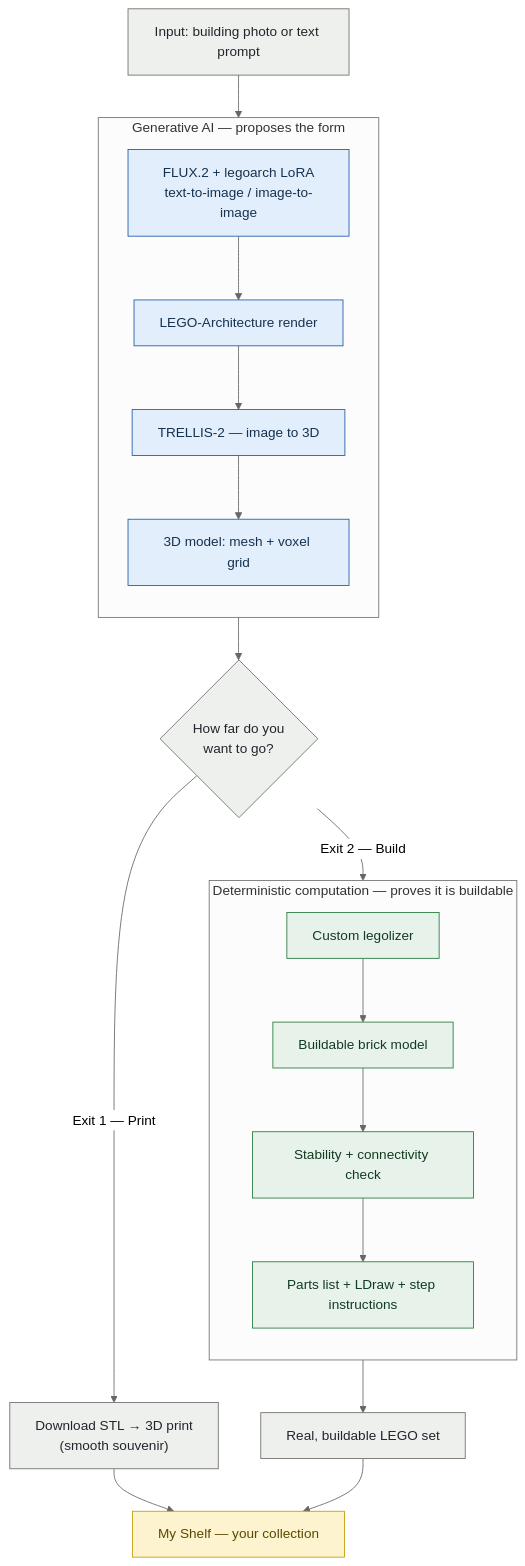
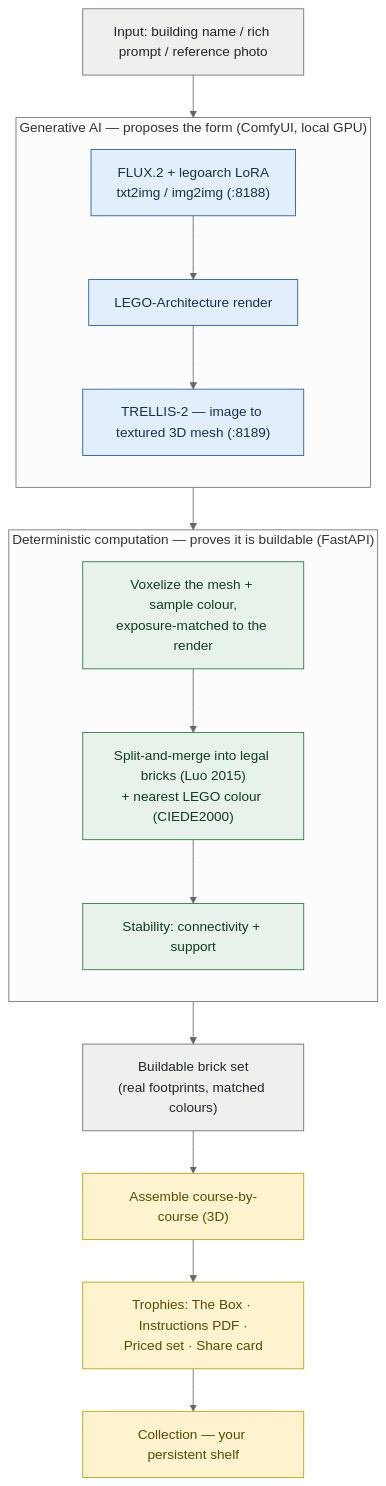
The first of 4 diagrams in docs/architecture.md (hi-em/genai-legoarch), drawn with Mermaid (neutral theme) before and after one commit. The commit also changed other lines of this file and 31 other files, not shown here.

````diff
--- a/docs/architecture.md
+++ b/docs/architecture.md
@@ -14,36 +14,33 @@
 ```mermaid
 flowchart TD
-    IN["Input: building photo or text prompt"]:::io
+    IN["Input: building name / rich prompt / reference photo"]:::io
 
-    subgraph GEN["Generative AI — proposes the form"]
+    subgraph GEN["Generative AI — proposes the form (ComfyUI, local GPU)"]
       direction TB
-      LORA["FLUX.2 + legoarch LoRA<br/>text-to-image / image-to-image"]:::gen
+      LORA["FLUX.2 + legoarch LoRA<br/>txt2img / img2img (:8188)"]:::gen
       IMG["LEGO-Architecture render"]:::gen
-      TRELLIS["TRELLIS-2 — image to 3D"]:::gen
-      M3D["3D model: mesh + voxel grid"]:::gen
-      LORA --> IMG --> TRELLIS --> M3D
+      TRELLIS["TRELLIS-2 — image to textured 3D mesh (:8189)"]:::gen
+      LORA --> IMG --> TRELLIS
     end
 
-    subgraph COMP["Deterministic computation — proves it is buildable"]
+    subgraph COMP["Deterministic computation — proves it is buildable (FastAPI)"]
       direction TB
-      LEGO["Custom legolizer"]:::comp
-      BM["Buildable brick model"]:::comp
-      CHK["Stability + connectivity check"]:::comp
-      EXP["Parts list + LDraw + step instructions"]:::comp
-      LEGO --> BM --> CHK --> EXP
+      VOX["Voxelize the mesh + sample colour,<br/>exposure-matched to the render"]:::comp
+      LEGO["Split-and-merge into legal bricks (Luo 2015)<br/>+ nearest LEGO colour (CIEDE2000)"]:::comp
+      CHK["Stability: connectivity + support"]:::comp
+      VOX --> LEGO --> CHK
     end
 
     IN --> LORA
-    M3D --> CHOICE{"How far do you<br/>want to go?"}:::io
-    CHOICE -->|"Exit 1 — Print"| STL["Download STL → 3D print<br/>(smooth souvenir)"]:::io
-    CHOICE -->|"Exit 2 — Build"| LEGO
-    EXP --> SET["Real, buildable LEGO set"]:::io
+    TRELLIS --> VOX
+    CHK --> SET["Buildable brick set<br/>(real footprints, matched colours)"]:::io
 
-    STL --> SHELF["My Shelf — your collection"]:::fun
-    SET --> SHELF
+    SET --> ASM["Assemble course-by-course (3D)"]:::fun
+    ASM --> TRO["Trophies: The Box · Instructions PDF ·<br/>Priced set · Share card"]:::fun
+    TRO --> SHELF["Collection — your persistent shelf"]:::fun
 
     classDef gen fill:#e3eefc,stroke:#1e5aa8,color:#16324f;
     classDef comp fill:#e7f3ea,stroke:#237a3c,color:#143a22;
     classDef io fill:#eef0ee,stroke:#6c6e68,color:#20262b;
     classDef fun fill:#fdf3cf,stroke:#c39e00,color:#5a4a00;
 ```
````
